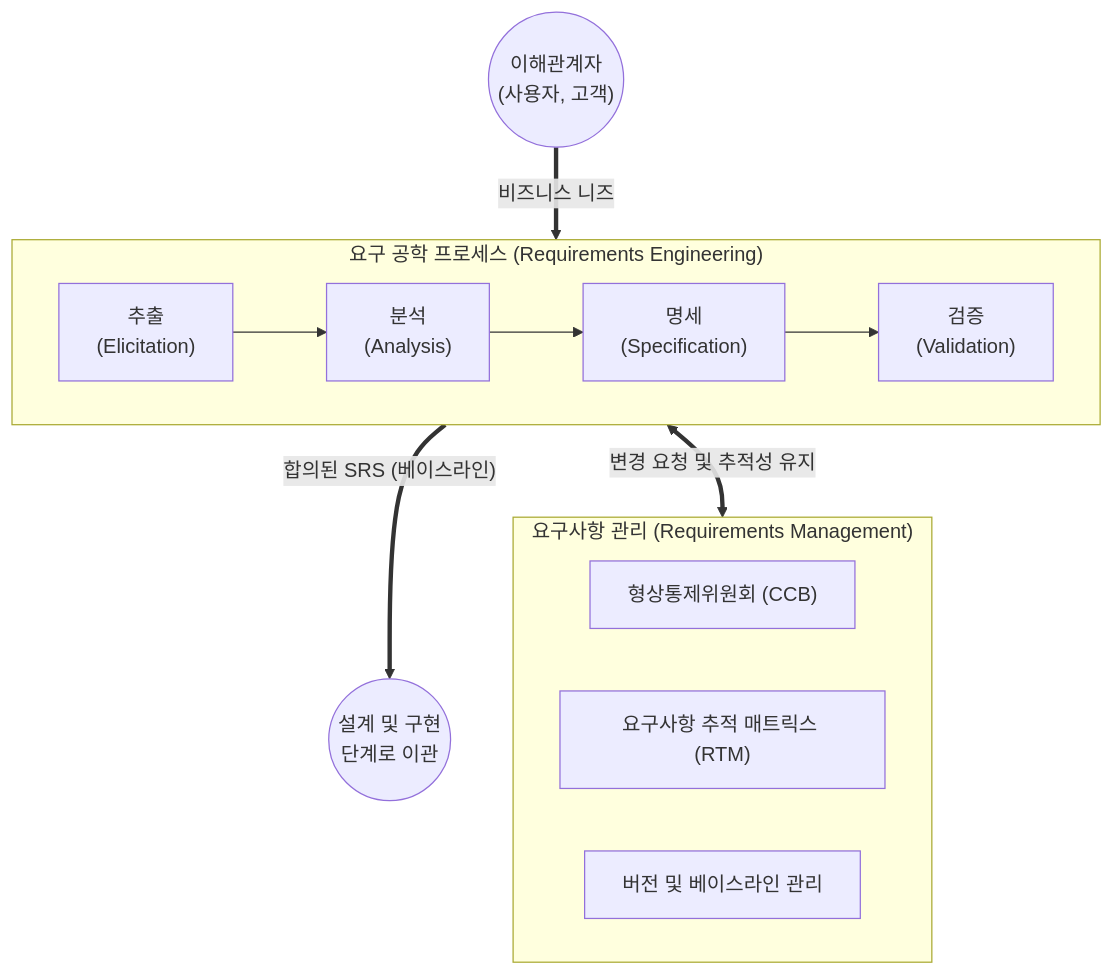
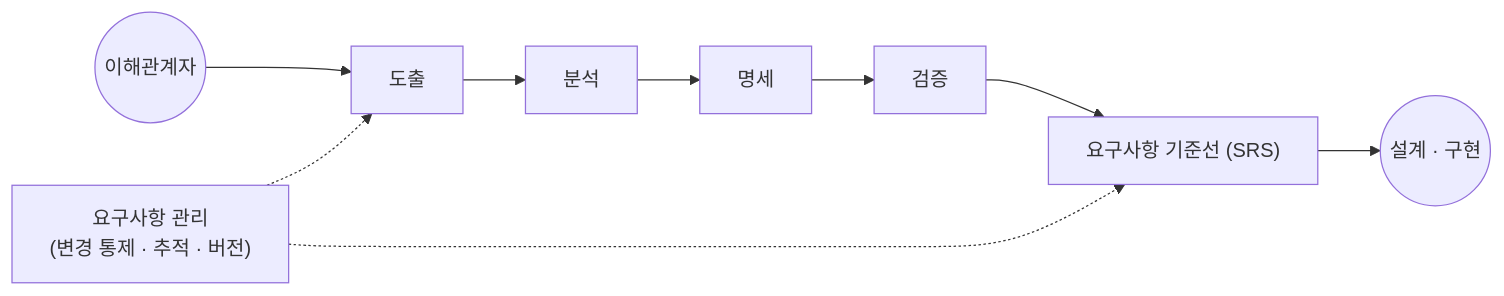
The diagram in content/01_IT Tech/요구 공학.md (supremethumb/supremethumb.github.io), drawn with Mermaid before and after one commit. The commit also changed other lines of this file and 1087 other files, not shown here.

````diff
--- a/content/01_IT Tech/요구 공학.md
+++ b/content/01_IT Tech/요구 공학.md
@@ -29,22 +35,11 @@
 ```mermaid
-flowchart TB
-    subgraph RE_Process ["요구 공학 프로세스 (Requirements Engineering)"]
-        direction LR
-        Elicitation["추출<br/>(Elicitation)"] --> Analysis["분석<br/>(Analysis)"]
-        Analysis --> Specification["명세<br/>(Specification)"]
-        Specification --> Validation["검증<br/>(Validation)"]
-    end
-    
-    subgraph RE_Management ["요구사항 관리 (Requirements Management)"]
-        direction LR
-        CCB["형상통제위원회 (CCB)"]
-        RTM["요구사항 추적 매트릭스 (RTM)"]
-        Version["버전 및 베이스라인 관리"]
-    end
-
-    Stakeholders(("이해관계자<br/>(사용자, 고객)")) == "비즈니스 니즈" ==> Elicitation
-    Validation == "합의된 SRS (베이스라인)" ==> DevPhase(("설계 및 구현<br/>단계로 이관"))
-    
-    RE_Process <== "변경 요청 및 추적성 유지" ==> RE_Management
-
+flowchart LR
+    SH(("이해관계자")) --> E["도출"]
+    E --> A["분석"]
+    A --> S["명세"]
+    S --> V["검증"]
+    V --> BL["요구사항 기준선 (SRS)"]
+    BL --> DEV(("설계 · 구현"))
+    M["요구사항 관리<br/>(변경 통제 · 추적 · 버전)"] -.-> E
+    M -.-> BL
 ```
````
